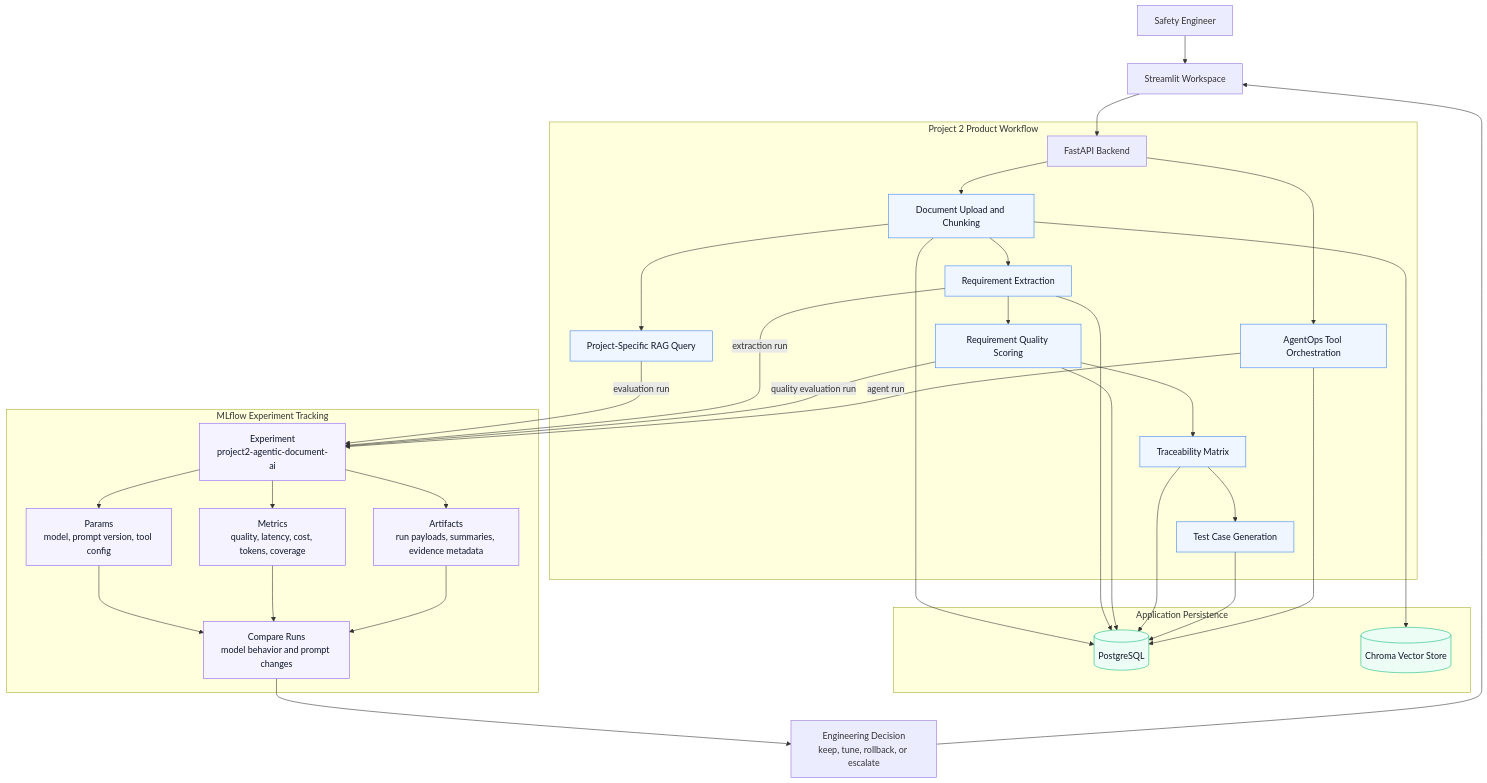
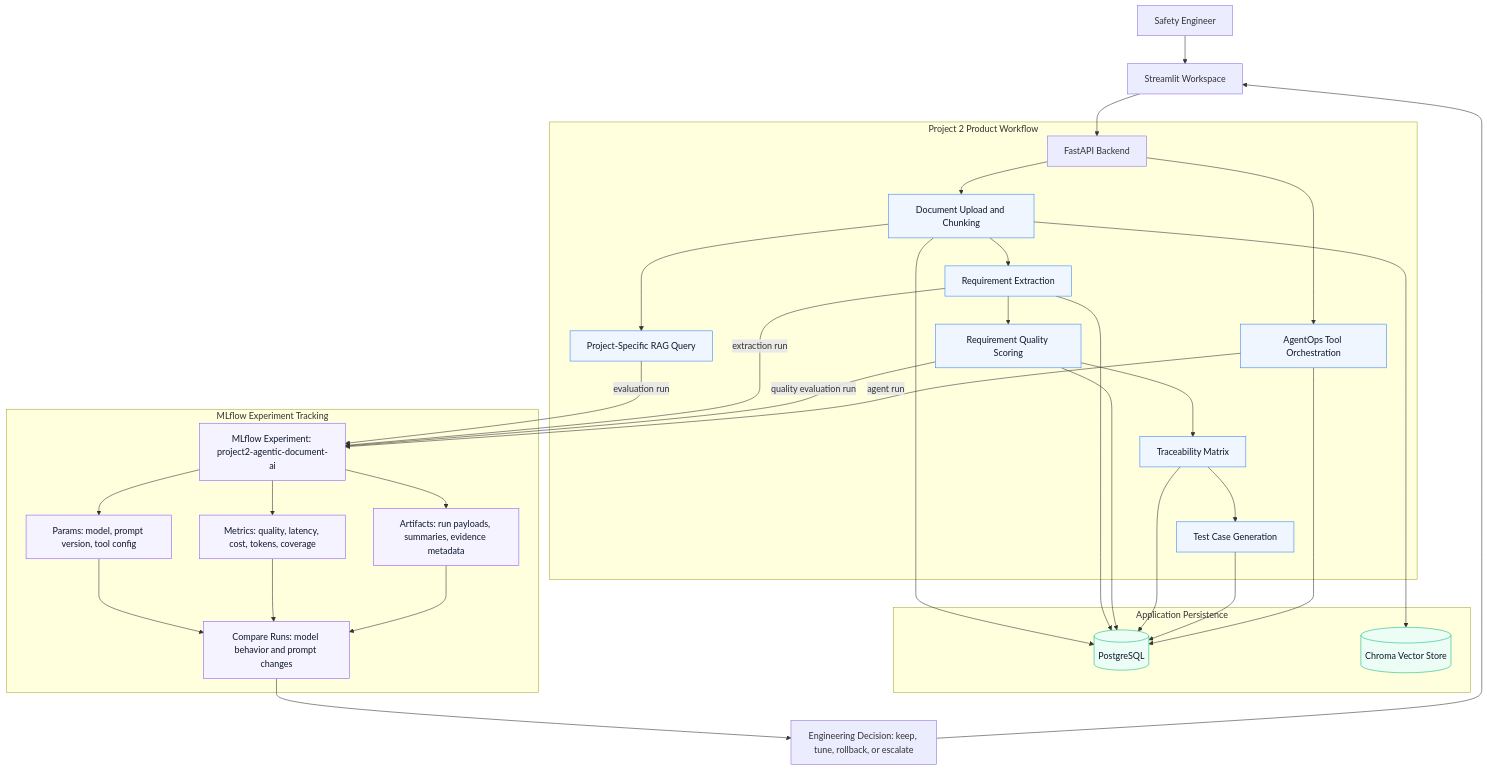
Before and after one commit to chz2010/Agentic_Document_AI_Platform_for_Safety_Engineering: the third of 10 diagrams in README.md, drawn with Mermaid. The commit also changed other lines of this file, not shown here.

Commit message:
Fix README Mermaid diagrams

````diff
--- a/README.md
+++ b/README.md
@@ -93,56 +105,56 @@
 ```mermaid
 flowchart TD
     USER[Safety Engineer] --> UI[Streamlit Workspace]
     UI --> API[FastAPI Backend]
 
     subgraph ProductFlow["Project 2 Product Workflow"]
         API --> DOC[Document Upload and Chunking]
         DOC --> RAG[Project-Specific RAG Query]
         DOC --> REQ[Requirement Extraction]
         REQ --> SCORE[Requirement Quality Scoring]
         SCORE --> TRACE[Traceability Matrix]
         TRACE --> TEST[Test Case Generation]
         API --> OPS[AgentOps Tool Orchestration]
     end
 
     subgraph AppStore["Application Persistence"]
         DB[(PostgreSQL)]
         VDB[(Chroma Vector Store)]
         DOC --> DB
         DOC --> VDB
         REQ --> DB
         SCORE --> DB
         TRACE --> DB
         TEST --> DB
         OPS --> DB
     end
 
     subgraph MLflow["MLflow Experiment Tracking"]
-        EXP[Experiment<br/>project2-agentic-document-ai]
-        PARAMS[Params<br/>model, prompt version, tool config]
-        METRICS[Metrics<br/>quality, latency, cost, tokens, coverage]
-        ARTIFACTS[Artifacts<br/>run payloads, summaries, evidence metadata]
-        COMPARE[Compare Runs<br/>model behavior and prompt changes]
+        EXP[MLflow Experiment: project2-agentic-document-ai]
+        PARAMS[Params: model, prompt version, tool config]
+        METRICS[Metrics: quality, latency, cost, tokens, coverage]
+        ARTIFACTS[Artifacts: run payloads, summaries, evidence metadata]
+        COMPARE[Compare Runs: model behavior and prompt changes]
     end
 
     RAG -->|evaluation run| EXP
     REQ -->|extraction run| EXP
     SCORE -->|quality evaluation run| EXP
     OPS -->|agent run| EXP
     EXP --> PARAMS
     EXP --> METRICS
     EXP --> ARTIFACTS
     PARAMS --> COMPARE
     METRICS --> COMPARE
     ARTIFACTS --> COMPARE
 
-    COMPARE --> DECIDE[Engineering Decision<br/>keep, tune, rollback, or escalate]
+    COMPARE --> DECIDE[Engineering Decision: keep, tune, rollback, or escalate]
     DECIDE --> UI
 
     classDef product fill:#eff6ff,stroke:#3b82f6,color:#0f172a;
     classDef store fill:#ecfdf5,stroke:#10b981,color:#0f172a;
     classDef mlops fill:#f5f3ff,stroke:#8b5cf6,color:#0f172a;
     class DOC,RAG,REQ,SCORE,TRACE,TEST,OPS product;
     class DB,VDB store;
     class EXP,PARAMS,METRICS,ARTIFACTS,COMPARE mlops;
 ```
````
